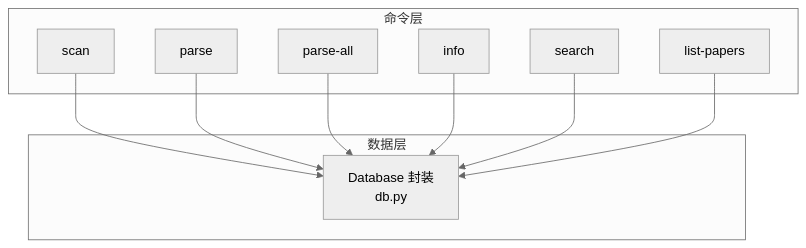
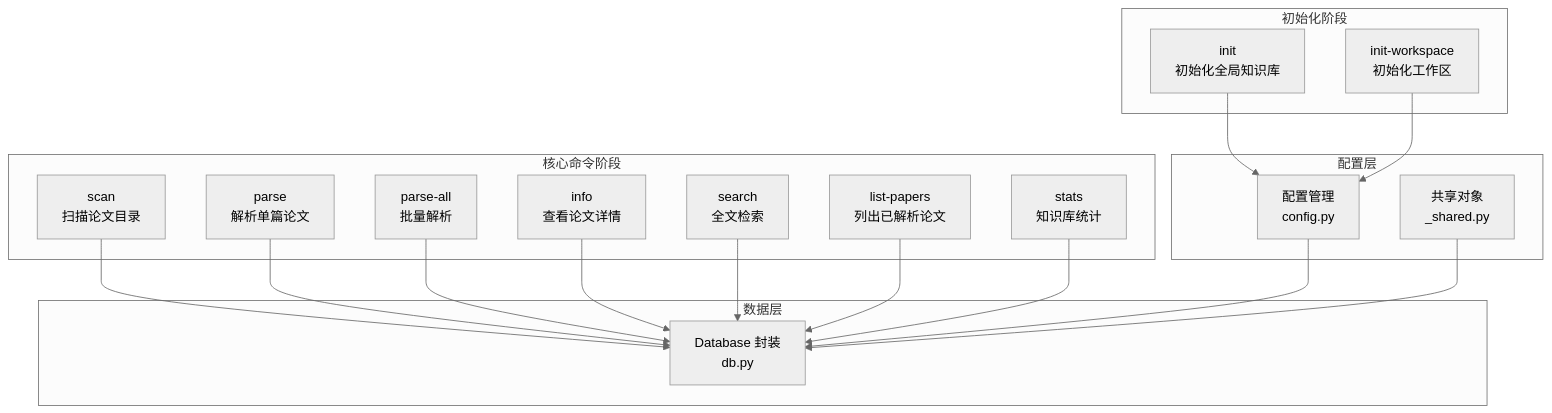
One commit to 1173591564/academic-based-qoder changed the second of 3 diagrams in .qoder/repowiki/zh/content/Python后端系统/CLI命令行接口/核心命令.md. Above: the diagram before and after it, drawn with Mermaid (neutral theme). The commit also changed other lines of this file and 75 other files, not shown here.

````diff
--- a/.qoder/repowiki/zh/content/Python后端系统/CLI命令行接口/核心命令.md
+++ b/.qoder/repowiki/zh/content/Python后端系统/CLI命令行接口/核心命令.md
@@ -82,20 +118,34 @@
 ```mermaid
 graph TB
-subgraph "命令层"
-S["scan"]
-P["parse"]
-PA["parse-all"]
-I["info"]
-SE["search"]
-LP["list-papers"]
+subgraph "初始化阶段"
+INIT["init<br/>初始化全局知识库"]
+IWS["init-workspace<br/>初始化工作区"]
+end
+subgraph "核心命令阶段"
+S["scan<br/>扫描论文目录"]
+P["parse<br/>解析单篇论文"]
+PA["parse-all<br/>批量解析"]
+I["info<br/>查看论文详情"]
+SE["search<br/>全文检索"]
+LP["list-papers<br/>列出已解析论文"]
+ST["stats<br/>知识库统计"]
+end
+subgraph "配置层"
+CFG["配置管理<br/>config.py"]
+SH["共享对象<br/>_shared.py"]
 end
 subgraph "数据层"
 DB["Database 封装<br/>db.py"]
 end
+INIT --> CFG
+IWS --> CFG
 S --> DB
 P --> DB
 PA --> DB
 I --> DB
 SE --> DB
 LP --> DB
+ST --> DB
+CFG --> DB
+SH --> DB
 ```
````
